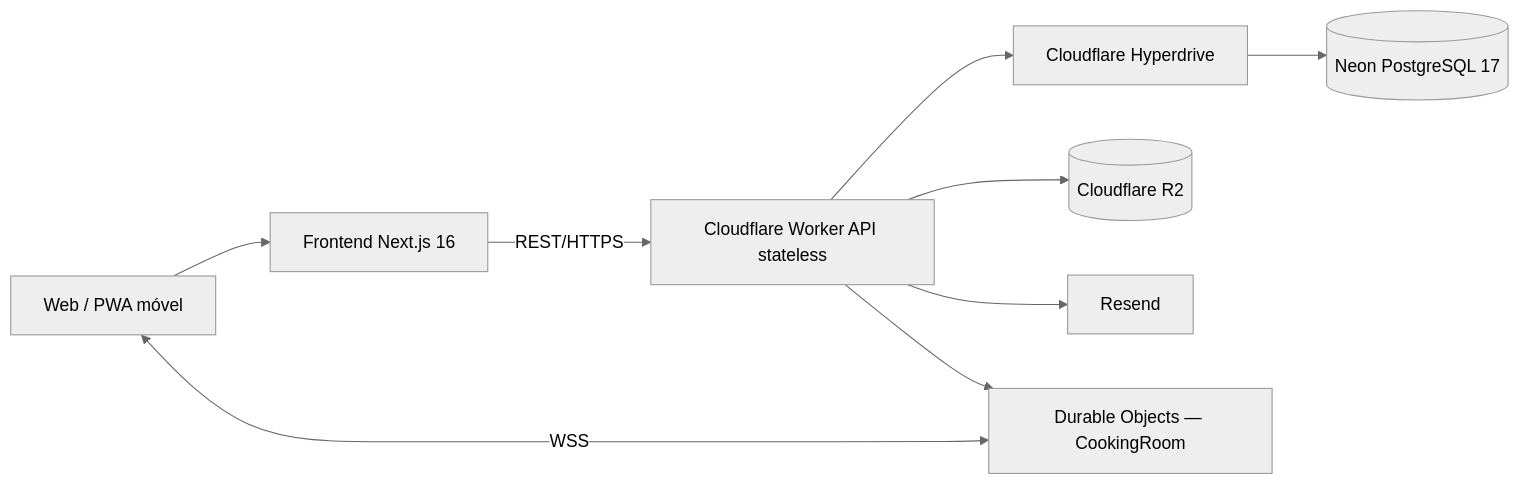
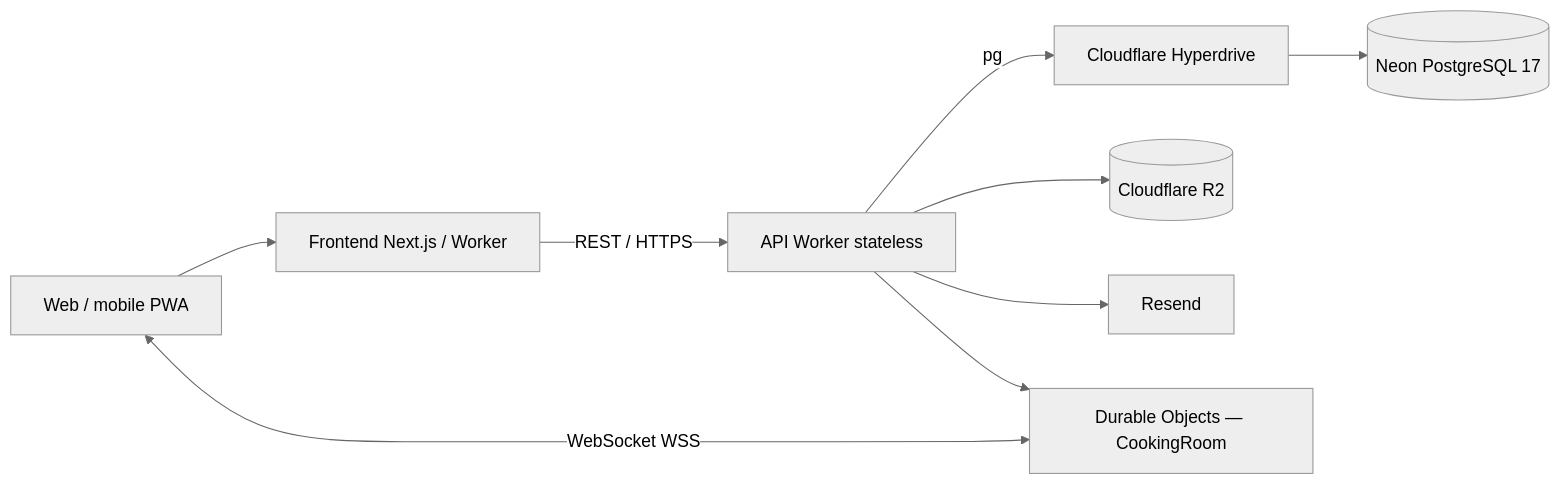
One commit to pitado/receitando changed the diagram in README.md. Above: the diagram before and after it, drawn with Mermaid (neutral theme). The commit also changed other lines of this file and 25 other files, not shown here.

First line of the commit message:
Atualizar arquitetura Neon PostgreSQL: diagramas, README e limpeza de legados

````diff
--- a/README.md
+++ b/README.md
@@ -27,11 +15,11 @@
 ```mermaid
 flowchart LR
-  Browser["Web / PWA móvel"] --> UI["Frontend Next.js 16"]
-  UI -->|"REST/HTTPS"| API["Cloudflare Worker API stateless"]
-  API --> HD["Cloudflare Hyperdrive"]
-  HD --> PG[("Neon PostgreSQL 17")]
-  API --> R2[("Cloudflare R2")]
-  API --> EMAIL["Resend"]
-  Browser <-->|"WSS"| DO["Durable Objects — CookingRoom"]
-  API --> DO
+    U["Web / mobile PWA"] --> F["Frontend Next.js / Worker"]
+    F -->|"REST / HTTPS"| A["API Worker stateless"]
+    A -->|"pg"| H["Cloudflare Hyperdrive"]
+    H --> P[("Neon PostgreSQL 17")]
+    A --> R[("Cloudflare R2")]
+    A --> E["Resend"]
+    U <-->|"WebSocket WSS"| D["Durable Objects — CookingRoom"]
+    A --> D
 ```
````
